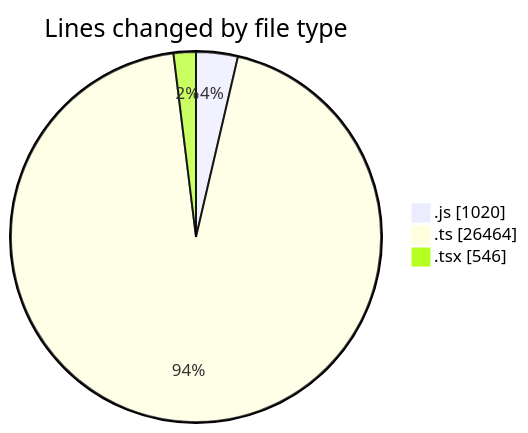
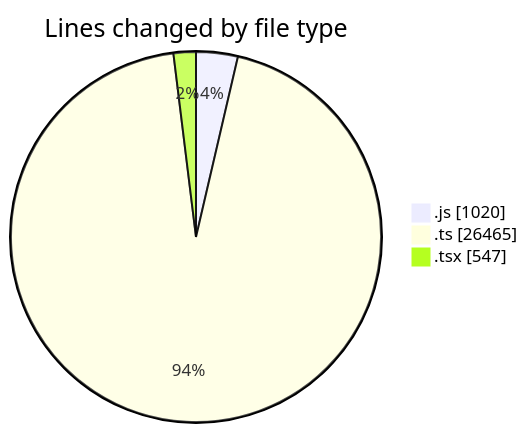
One commit to momahboobian/code-tracking changed the first of 2 diagrams in 2026-01-15/cda/README.md. Above: the diagram before and after it, drawn with Mermaid. The commit also changed other lines of this file and 1 other file, not shown here.

````diff
--- a/2026-01-15/cda/README.md
+++ b/2026-01-15/cda/README.md
@@ -32,7 +32,7 @@
 ```mermaid
 pie showData
 title Lines changed by file type
 ".js" : 1020
-".ts" : 26464
-".tsx" : 546
+".ts" : 26465
+".tsx" : 547
 ```
````
